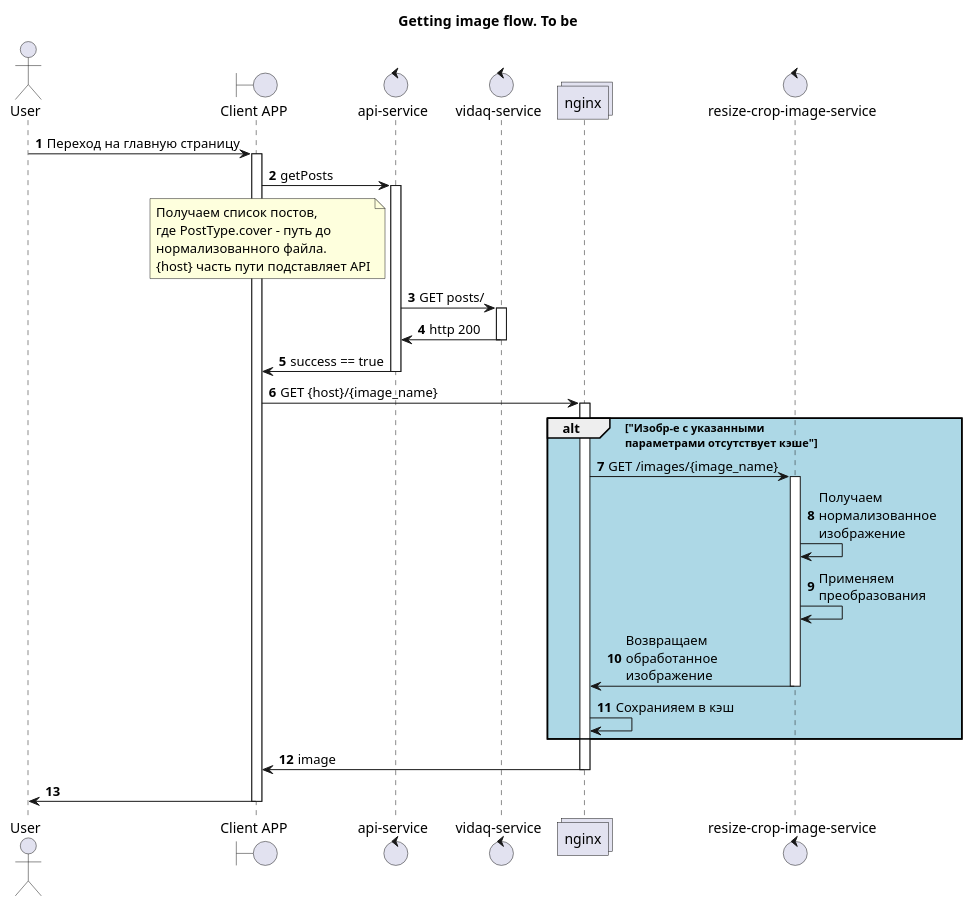
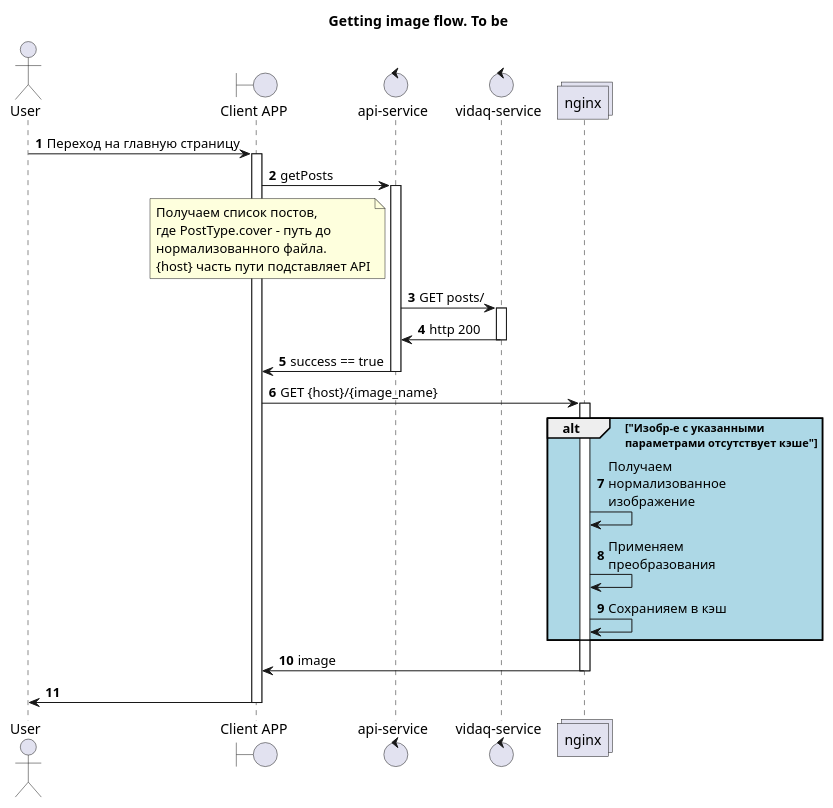
The diagram in schemas/get_image_with_resize_and_crop_on_fly.puml (algruwork/work), drawn with PlantUML before and after one commit. The commit also changed 8 other files, not shown here.

Commit message:
add Upload video activity diagram (draft)

```diff
--- a/schemas/get_image_with_resize_and_crop_on_fly.puml
+++ b/schemas/get_image_with_resize_and_crop_on_fly.puml
@@ -1,52 +1,47 @@
 @startuml
 'https://plantuml.com/sequence-diagram
 title "Getting image flow. To be"
 
 actor User as U
 boundary "Client APP" as GUI
 control "api-service" as AS
 control "vidaq-service" as V
 collections "nginx" as WS
-control "resize-crop-image-service" as IS
 
 
 autonumber
 
 U -> GUI: Переход на главную страницу
 activate GUI
 
 GUI -> AS: getPosts
 activate AS
 note left AS
 Получаем список постов,
 где PostType.cover - путь до
 нормализованного файла.
 {host} часть пути подставляет API
 end note
 AS -> V: GET posts/
 activate V
 V -> AS: http 200
 deactivate V
 AS -> GUI: success == true
 deactivate AS
 
 GUI -> WS: GET {host}/{image_name}
 activate WS
 alt #LightBlue "Изобр-е с указанными \nпараметрами отсутствует кэше"
-WS -> IS: GET /images/{image_name}
-activate IS
-IS -> IS: Получаем \nнормализованное \nизображение
-IS -> IS: Применяем \nпреобразования
-IS -> WS: Возвращаем \nобработанное \nизображение
-deactivate IS
+WS -> WS: Получаем \nнормализованное \nизображение
+WS -> WS: Применяем \nпреобразования
 WS -> WS: Сохранияем в кэш
 end alt
 
 WS -> GUI: image
 deactivate WS
 
 
 GUI -> U:
 deactivate GUI
 
 @enduml
```
